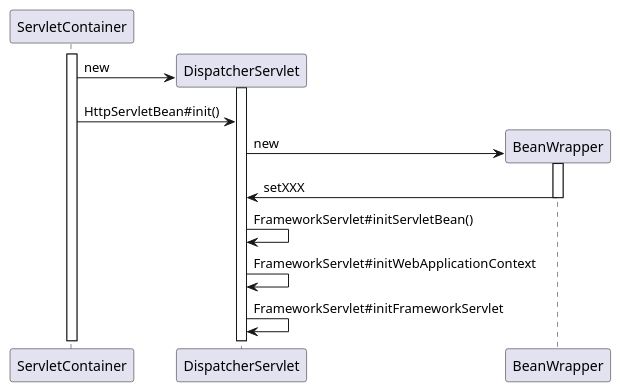
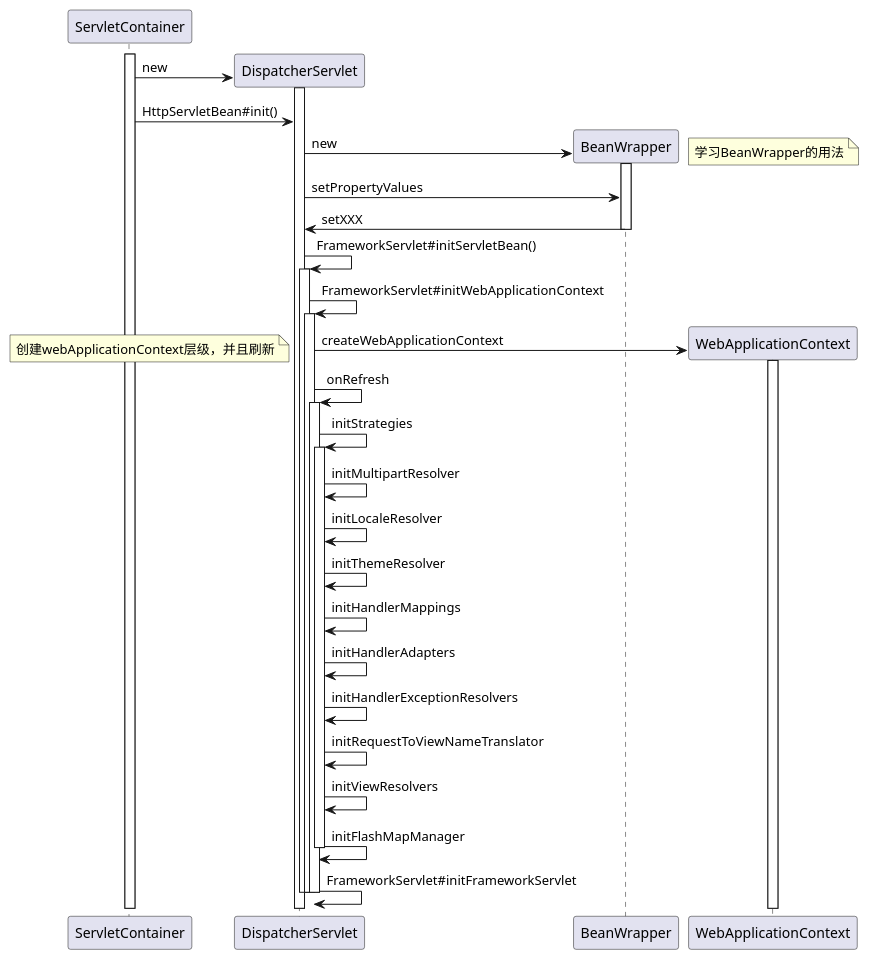
One commit to imlinux/notebook changed the first of 8 diagrams in java/spring-framework.md. Above: the diagram before and after it, drawn with PlantUML. The commit also changed other lines of this file, not shown here.

````diff
--- a/java/spring-framework.md
+++ b/java/spring-framework.md
@@ -89,26 +89,50 @@
 ```plantuml
 participant ServletContainer
 activate ServletContainer
 
 create DispatcherServlet
 ServletContainer -> DispatcherServlet : new
 activate DispatcherServlet
 
-ServletContainer -> DispatcherServlet : HttpServletBean#init()
+    ServletContainer -> DispatcherServlet : HttpServletBean#init()
 
-create BeanWrapper
-DispatcherServlet-> BeanWrapper : new
-activate BeanWrapper
-BeanWrapper -> DispatcherServlet: setXXX
-deactivate BeanWrapper
+    create BeanWrapper
+    DispatcherServlet-> BeanWrapper : new
+    activate BeanWrapper
+    note right
+        学习BeanWrapper的用法
+    end note
+    DispatcherServlet-> BeanWrapper : setPropertyValues
+    BeanWrapper -> DispatcherServlet: setXXX
+    deactivate BeanWrapper
 
-DispatcherServlet -> DispatcherServlet : FrameworkServlet#initServletBean()
+    DispatcherServlet -> DispatcherServlet : FrameworkServlet#initServletBean()
+    activate DispatcherServlet
+        DispatcherServlet -> DispatcherServlet : FrameworkServlet#initWebApplicationContext
+        activate DispatcherServlet
+            create WebApplicationContext
+            DispatcherServlet -> WebApplicationContext: createWebApplicationContext
+            activate WebApplicationContext
+            note left
+                创建webApplicationContext层级，并且刷新
+            end note
 
-DispatcherServlet -> DispatcherServlet : FrameworkServlet#initWebApplicationContext
-
-DispatcherServlet -> DispatcherServlet : FrameworkServlet#initFrameworkServlet
-
-
-
-@enduml
+            DispatcherServlet -> DispatcherServlet : onRefresh
+            activate DispatcherServlet
+                DispatcherServlet -> DispatcherServlet : initStrategies
+                activate DispatcherServlet
+                    DispatcherServlet -> DispatcherServlet : initMultipartResolver
+                    DispatcherServlet -> DispatcherServlet : initLocaleResolver
+                    DispatcherServlet -> DispatcherServlet : initThemeResolver
+                    DispatcherServlet -> DispatcherServlet : initHandlerMappings
+                    DispatcherServlet -> DispatcherServlet : initHandlerAdapters
+                    DispatcherServlet -> DispatcherServlet : initHandlerExceptionResolvers
+                    DispatcherServlet -> DispatcherServlet : initRequestToViewNameTranslator
+                    DispatcherServlet -> DispatcherServlet : initViewResolvers
+                    DispatcherServlet -> DispatcherServlet : initFlashMapManager
+                deactivate DispatcherServlet
+                DispatcherServlet -> DispatcherServlet : FrameworkServlet#initFrameworkServlet
+            deactivate DispatcherServlet
+        deactivate DispatcherServlet
+    deactivate DispatcherServlet
 ```
````
